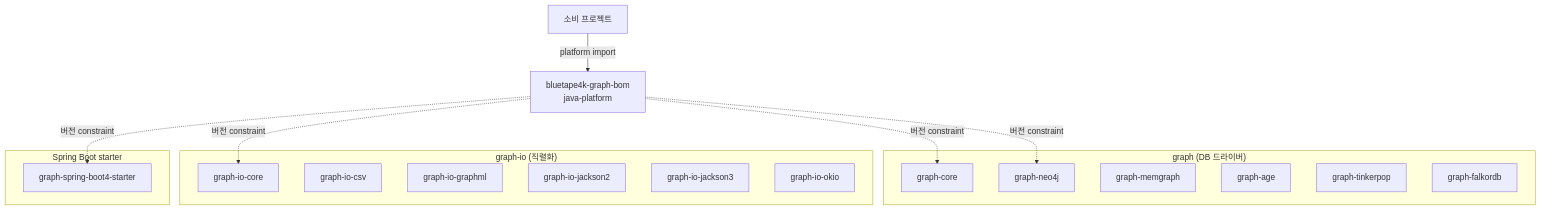
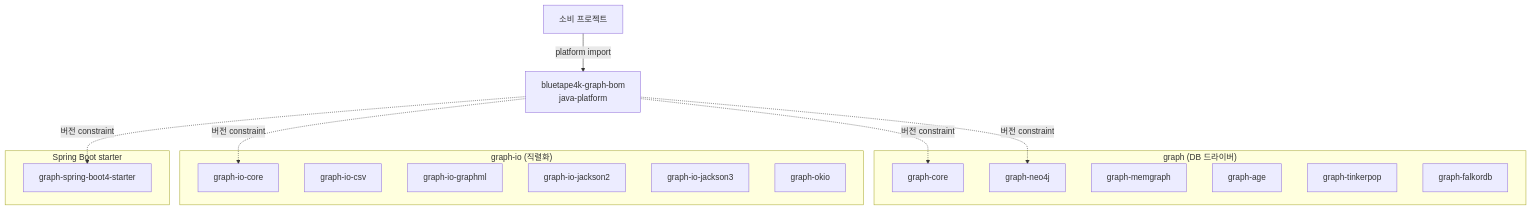
Before and after one commit to bluetape4k/bluetape4k-graph: the diagram in bom/README.ko.md, drawn with Mermaid. The commit also changed other lines of this file and 16 other files, not shown here.

First line of the commit message:
graph-okio artifact identity로 모듈명을 정렬한다

````diff
--- a/bom/README.ko.md
+++ b/bom/README.ko.md
@@ -10,33 +10,33 @@
 ```mermaid
 graph TB
     Consumer[소비 프로젝트]
     BOM[bluetape4k-graph-bom<br/>java-platform]
 
     subgraph "graph (DB 드라이버)"
       Core[graph-core]
       Neo4j[graph-neo4j]
       Memgraph[graph-memgraph]
       Age[graph-age]
       Tinker[graph-tinkerpop]
       Falkor[graph-falkordb]
     end
 
     subgraph "graph-io (직렬화)"
       IoCore[graph-io-core]
       Csv[graph-io-csv]
       GraphML[graph-io-graphml]
       Jackson2[graph-io-jackson2]
       Jackson3[graph-io-jackson3]
-      Okio[graph-io-okio]
+      Okio[graph-okio]
     end
 
     subgraph "Spring Boot starter"
       SB4[graph-spring-boot4-starter]
     end
 
     Consumer -->|platform import| BOM
     BOM -.->|버전 constraint| Core
     BOM -.->|버전 constraint| Neo4j
     BOM -.->|버전 constraint| IoCore
     BOM -.->|버전 constraint| SB4
 ```
````
